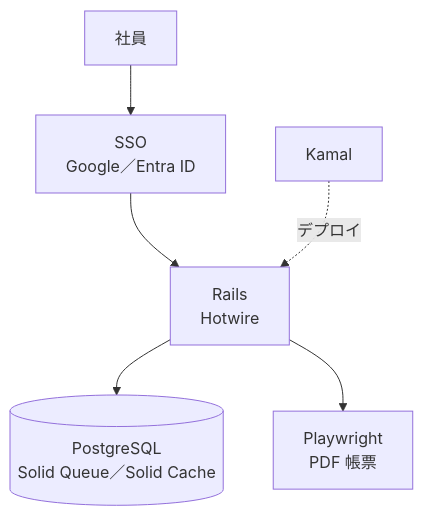
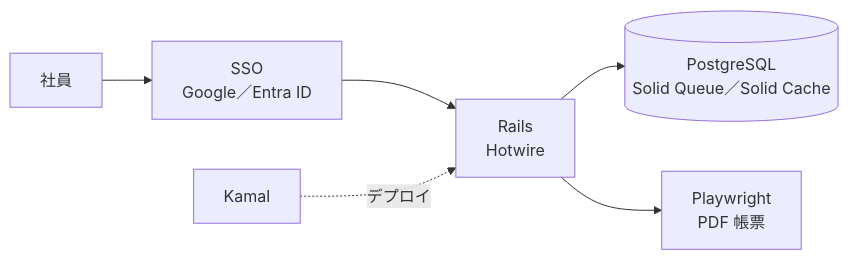
The fourth of 12 diagrams in content/guide/19.md (kom3da/stackbook), drawn with Mermaid before and after one commit. The commit also changed 20 other files, not shown here.

First line of the commit message:
feat: readable diagrams: in the memo, within a screen, zoomable

````diff
--- a/content/guide/19.md
+++ b/content/guide/19.md
@@ -150,7 +150,7 @@
 ```mermaid
-flowchart TB
+flowchart LR
   U["社員"] --> SSO["SSO<br/>Google／Entra ID"] --> R["Rails<br/>Hotwire"]
   R --> DB[("PostgreSQL<br/>Solid Queue／Solid Cache")]
   R --> PDF["Playwright<br/>PDF 帳票"]
   K["Kamal"] -. "デプロイ" .-> R
 ```
````
